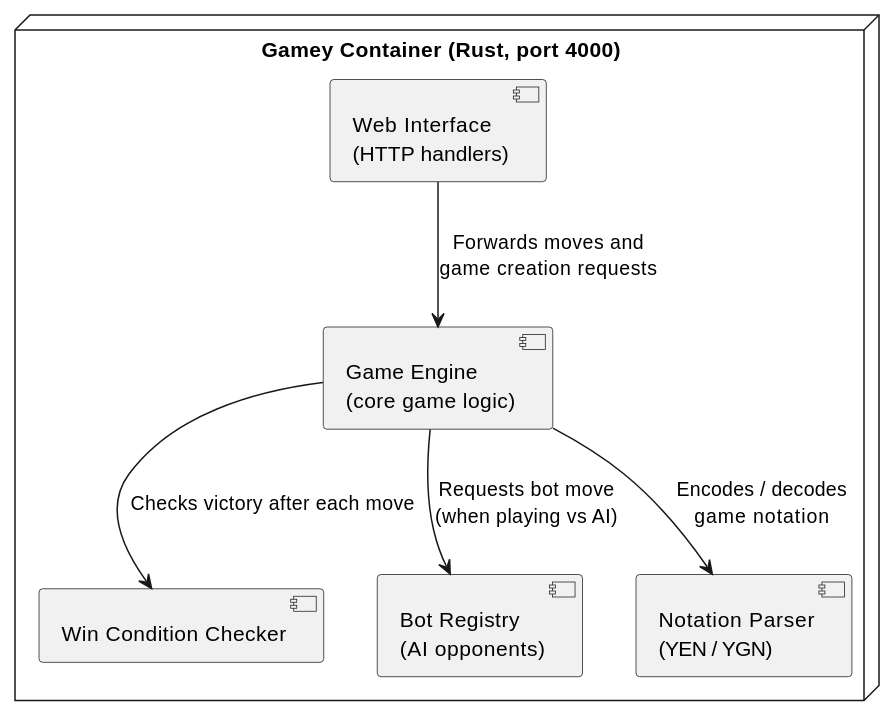
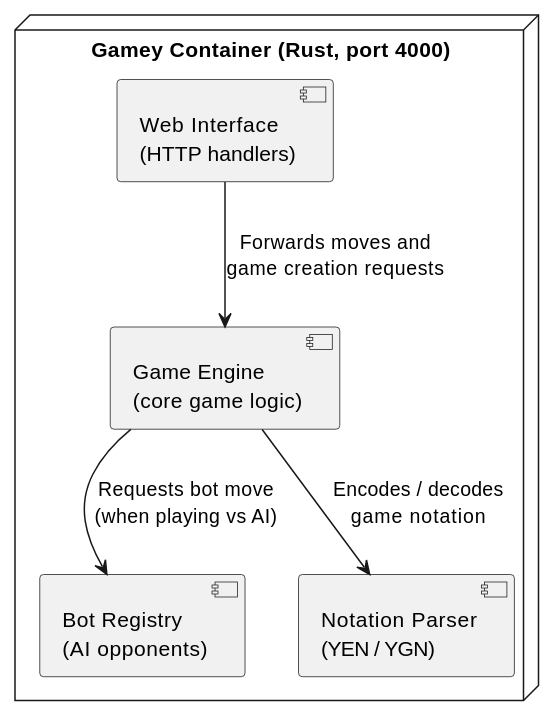
One commit to Arquisoft/yovi_en1b changed the second of 4 diagrams in docs/src/07_deployment_view.adoc. Above: the diagram before and after it, drawn with PlantUML. The commit also changed other lines of this file, not shown here.

```diff
--- a/docs/src/07_deployment_view.adoc
+++ b/docs/src/07_deployment_view.adoc
@@ -141,17 +141,15 @@
 [plantuml,"gamey-detail",png]
 ----
 @startuml
 node "Gamey Container (Rust, port 4000)" {
     component "Web Interface\n(HTTP handlers)" as web
     component "Game Engine\n(core game logic)" as engine
-    component "Win Condition Checker" as win
     component "Bot Registry\n(AI opponents)" as bot
     component "Notation Parser\n(YEN / YGN)" as notation
 }
 
 web --> engine : Forwards moves and\ngame creation requests
-engine --> win : Checks victory after each move
 engine --> bot : Requests bot move\n(when playing vs AI)
 engine --> notation : Encodes / decodes\ngame notation
 @enduml
 ----
```
